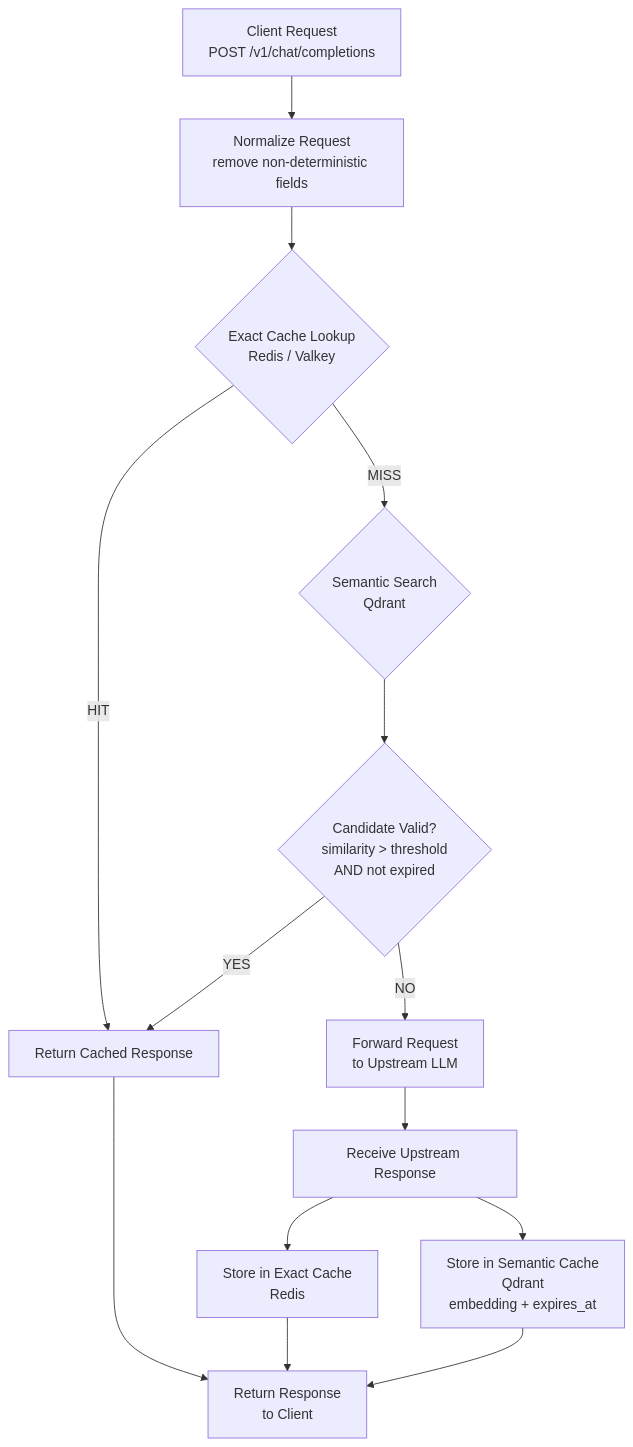
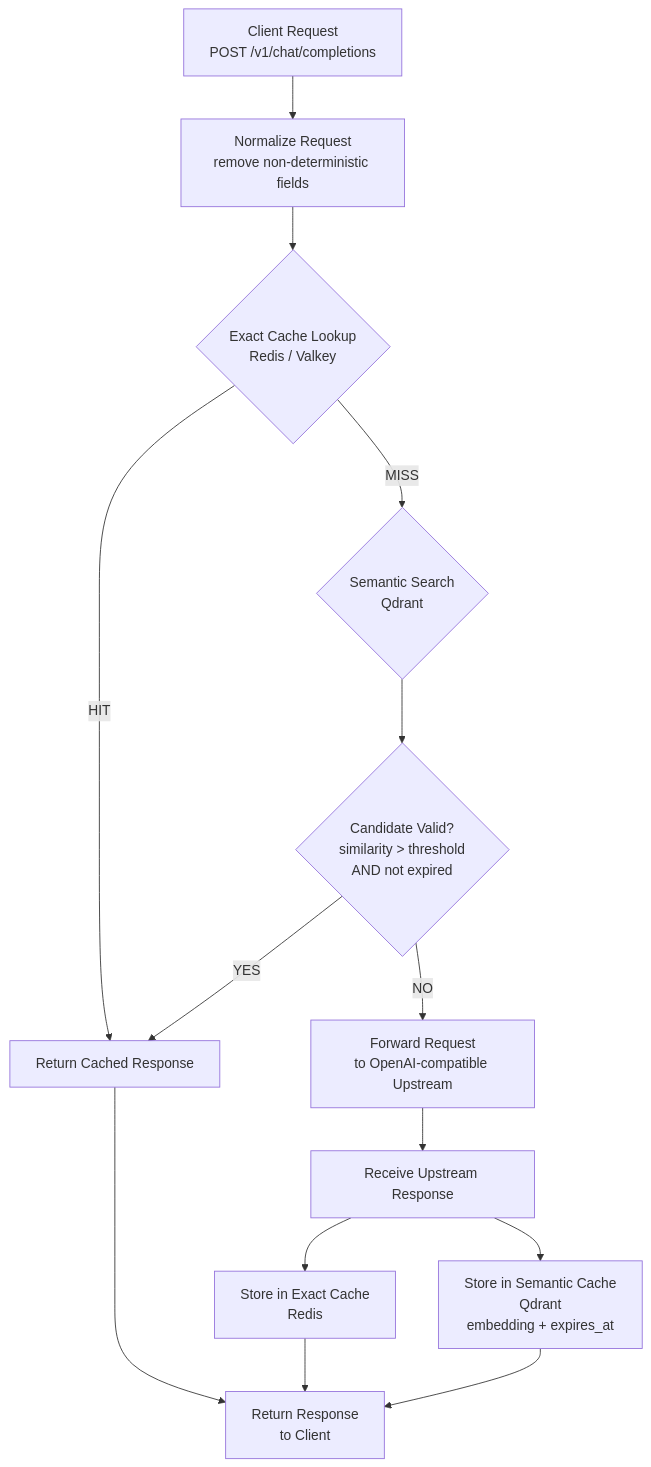
Before and after one commit to vcal-project/ai-firewall: the diagram in docs/how-it-works.md, drawn with Mermaid. The commit also changed other lines of this file and 6 other files, not shown here.

Commit message:
Document OpenAI-compatible provider hardening

````diff
--- a/docs/how-it-works.md
+++ b/docs/how-it-works.md
@@ -14,45 +14,45 @@
 ```mermaid
 flowchart TD
 
     A[Client Request<br/>POST /v1/chat/completions]
 
     B[Normalize Request<br/>remove non-deterministic fields]
 
     C{Exact Cache Lookup<br/>Redis / Valkey}
 
     D[Return Cached Response]
 
     E{Semantic Search<br/>Qdrant}
 
     E2{Candidate Valid?<br/>similarity &gt; threshold<br/>AND not expired}
 
-    F[Forward Request<br/>to Upstream LLM]
+    F[Forward Request<br/>to OpenAI-compatible Upstream]
 
     G[Receive Upstream Response]
 
     H[Store in Exact Cache<br/>Redis]
 
     I[Store in Semantic Cache<br/>Qdrant<br/>embedding + expires_at]
 
     J[Return Response<br/>to Client]
 
     A --> B
     B --> C
 
     C -->|HIT| D
     D --> J
 
     C -->|MISS| E
 
     E --> E2
 
     E2 -->|YES| D
     E2 -->|NO| F
 
     F --> G
     G --> H
     G --> I
 
     H --> J
     I --> J
 ```
````
